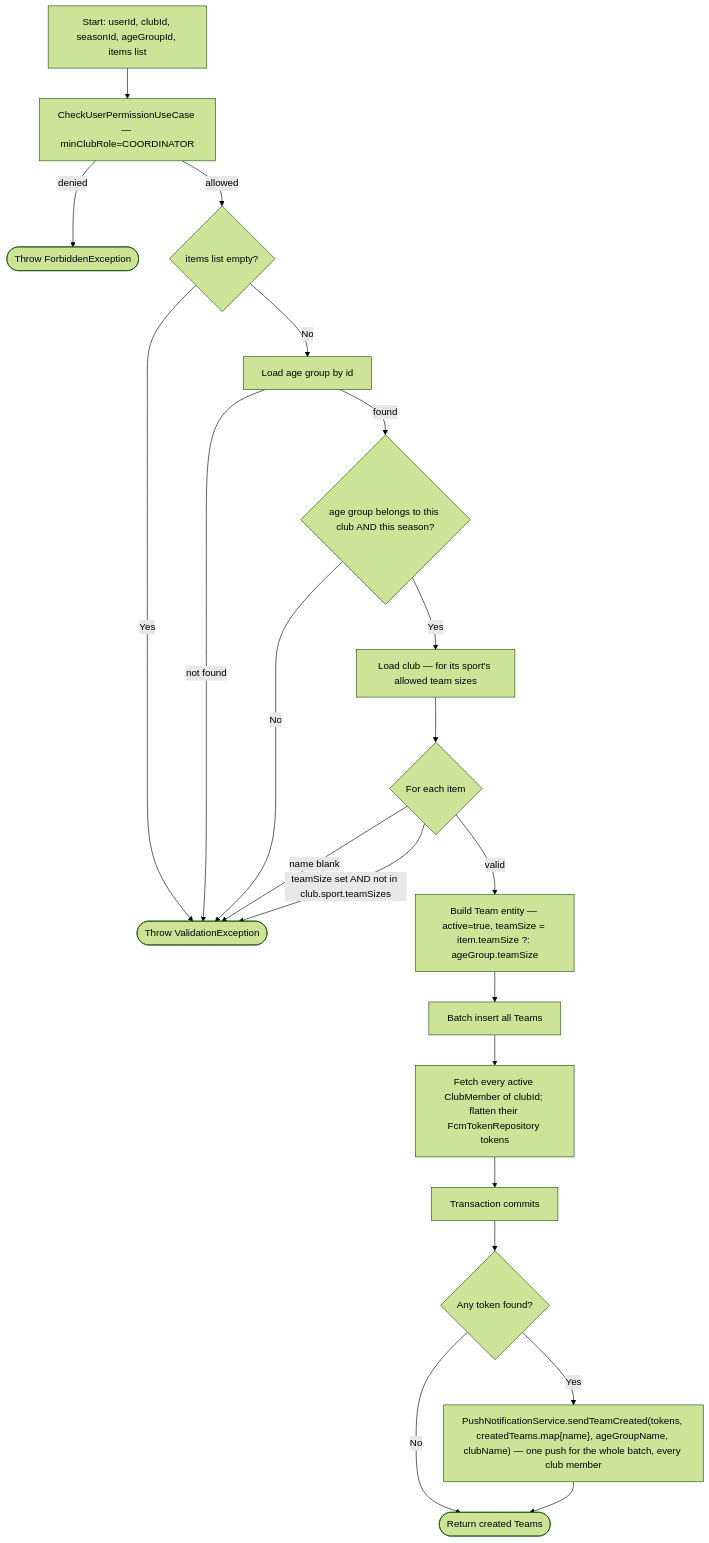
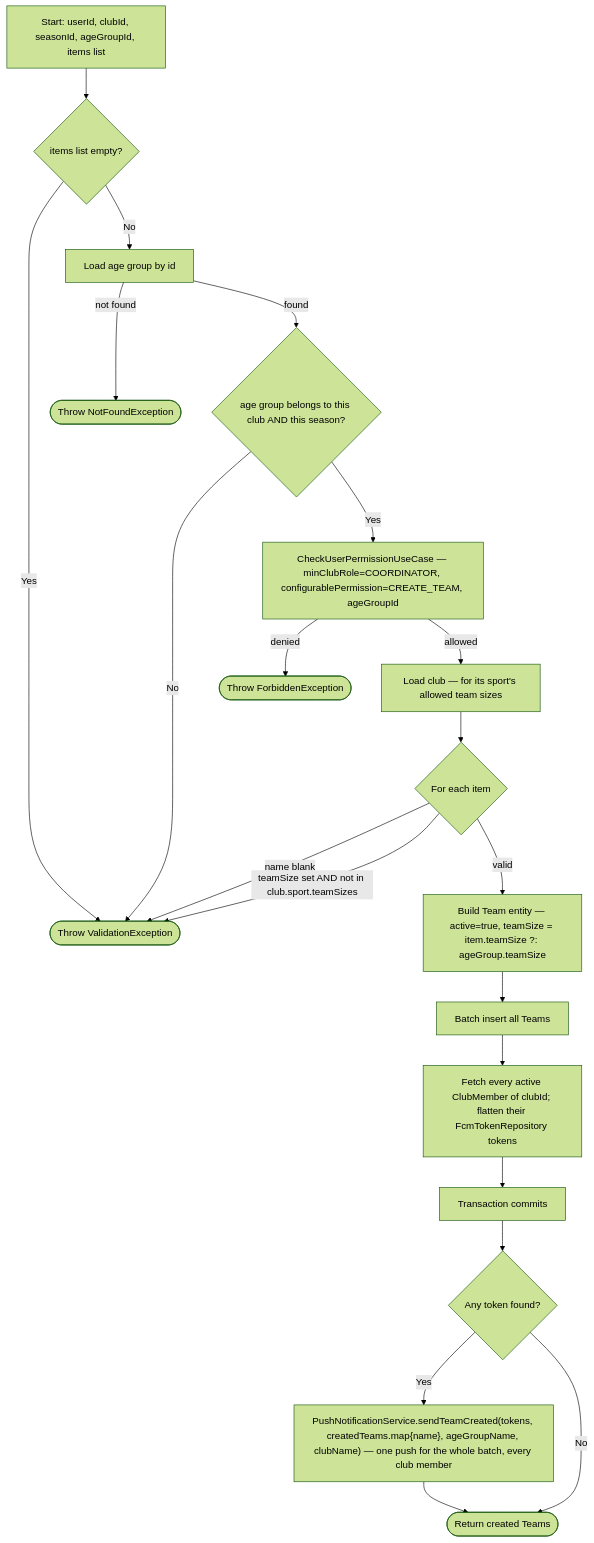
One commit to ricardofrango/squadify changed diagram 28 of 57 in PROCESS_FLOWS.md. Above: the diagram before and after it, drawn with Mermaid (forest theme). The commit also changed other lines of this file and 12 other files, not shown here.

First line of the commit message:
Make "Create Team" a configurable permission, defaulting to Coach

````diff
--- a/PROCESS_FLOWS.md
+++ b/PROCESS_FLOWS.md
@@ -535,23 +536,23 @@
 ```mermaid
 graph TD
-    A[Start: userId, clubId, seasonId, ageGroupId, items list] --> B[CheckUserPermissionUseCase — minClubRole=COORDINATOR]
-    B -- denied --> F(["Throw ForbiddenException"])
-    B -- allowed --> C{items list empty?}
+    A[Start: userId, clubId, seasonId, ageGroupId, items list] --> C{items list empty?}
     C -- Yes --> V(["Throw ValidationException"])
     C -- No --> D[Load age group by id]
-    D -- not found --> V
+    D -- not found --> V2(["Throw NotFoundException"])
     D -- found --> E{"age group belongs to this club AND this season?"}
     E -- No --> V
-    E -- Yes --> E2[Load club — for its sport's allowed team sizes]
+    E -- Yes --> B["CheckUserPermissionUseCase — minClubRole=COORDINATOR, configurablePermission=CREATE_TEAM, ageGroupId"]
+    B -- denied --> F(["Throw ForbiddenException"])
+    B -- allowed --> E2[Load club — for its sport's allowed team sizes]
     E2 --> G{For each item}
     G -- name blank --> V
     G -- teamSize set AND not in club.sport.teamSizes --> V
     G -- valid --> H["Build Team entity — active=true, teamSize = item.teamSize ?: ageGroup.teamSize"]
     H --> I[Batch insert all Teams]
     I --> J["Fetch every active ClubMember of clubId; flatten their FcmTokenRepository tokens"]
     J --> K["Transaction commits"]
     K --> L{"Any token found?"}
     L -- Yes --> M["PushNotificationService.sendTeamCreated(tokens, createdTeams.map{name}, ageGroupName, clubName) — one push for the whole batch, every club member"]
     L -- No --> Z
     M --> Z(["Return created Teams"])
 ```
````
